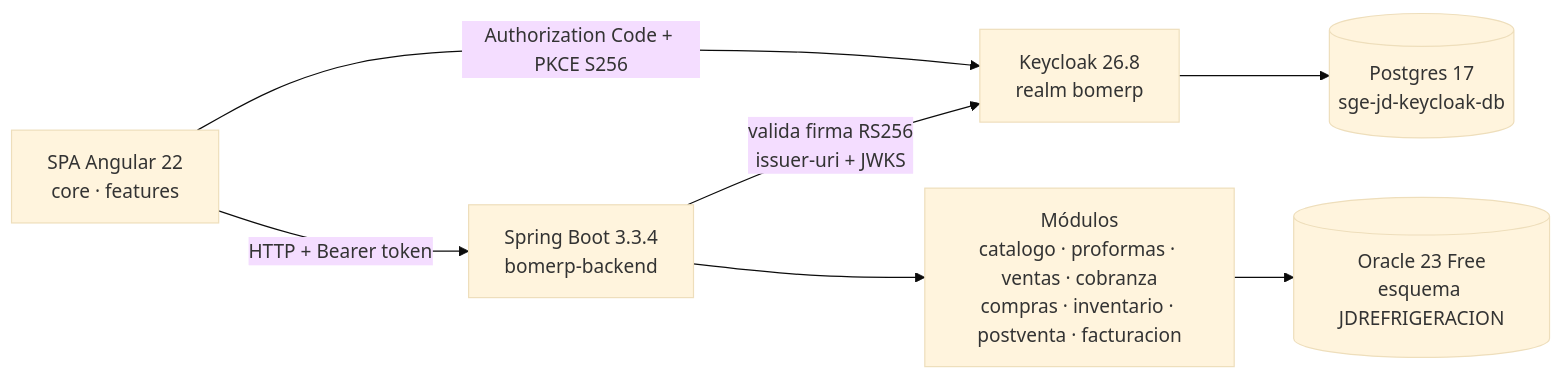
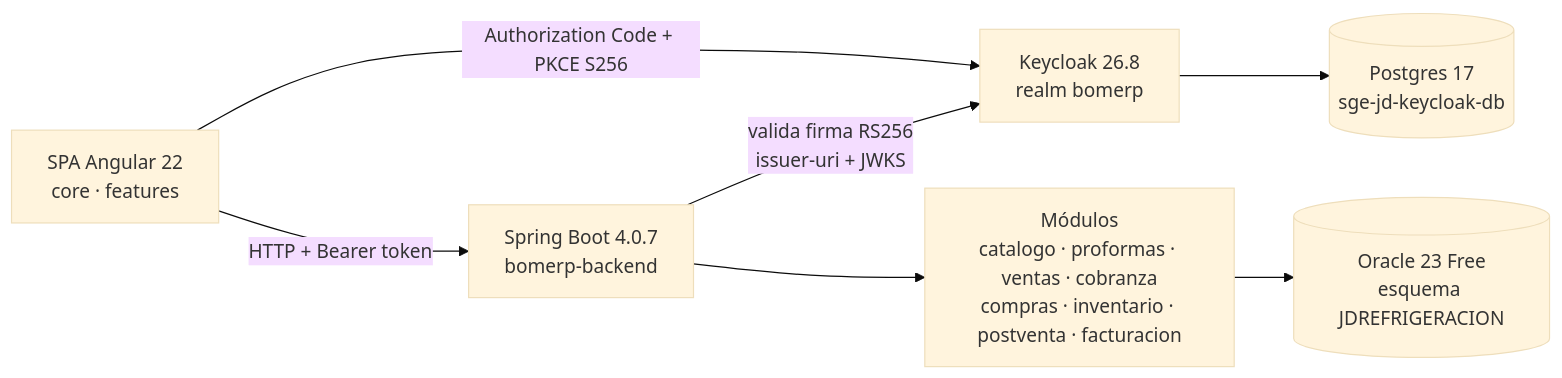
One commit to YWAGNERCS/proyecto-SAC changed the diagram in docs/lp2-demo.md. Above: the diagram before and after it, drawn with Mermaid (base theme). The commit also changed other lines of this file, not shown here.

Commit message:
Docs: lp2-demo con Spring Boot 4.0.7 y servicios de compose corregidos

````diff
--- a/docs/lp2-demo.md
+++ b/docs/lp2-demo.md
@@ -133,16 +133,16 @@
 ```mermaid
 flowchart LR
     SPA[SPA Angular 22<br/>core · features]
     KC[Keycloak 26.8<br/>realm bomerp]
     KCDB[(Postgres 17<br/>sge-jd-keycloak-db)]
-    API[Spring Boot 3.3.4<br/>bomerp-backend]
+    API[Spring Boot 4.0.7<br/>bomerp-backend]
     MOD[Módulos<br/>catalogo · proformas · ventas · cobranza<br/>compras · inventario · postventa · facturacion]
     DB[(Oracle 23 Free<br/>esquema JDREFRIGERACION)]
 
     SPA -->|Authorization Code + PKCE S256| KC
     SPA -->|HTTP + Bearer token| API
     API -->|valida firma RS256<br/>issuer-uri + JWKS| KC
     KC --> KCDB
     API --> MOD
     MOD --> DB
 ```
````
